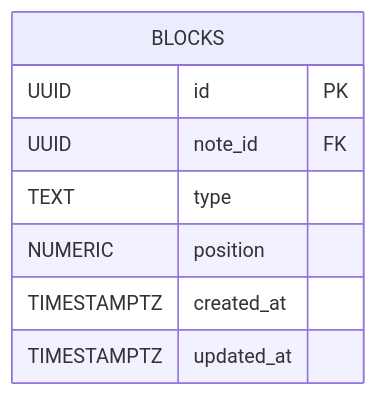
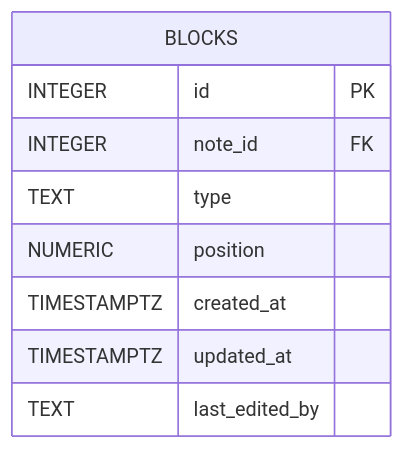
The fourth of 11 diagrams in db/normalized/relations.md (go-park-mail-ru/2025_2_FiveCode), drawn with Mermaid before and after one commit. The commit also changed other lines of this file and 2 other files, not shown here.

Commit message:
add trigger, update er and relations

````diff
--- a/db/normalized/relations.md
+++ b/db/normalized/relations.md
@@ -118,11 +118,12 @@
 ```mermaid
 erDiagram
   BLOCKS {
-    UUID id PK
-    UUID note_id FK 
+    INTEGER id PK
+    INTEGER note_id FK 
     TEXT type
     NUMERIC position
     TIMESTAMPTZ created_at
     TIMESTAMPTZ updated_at
+    TEXT last_edited_by
   }
 ```
````
